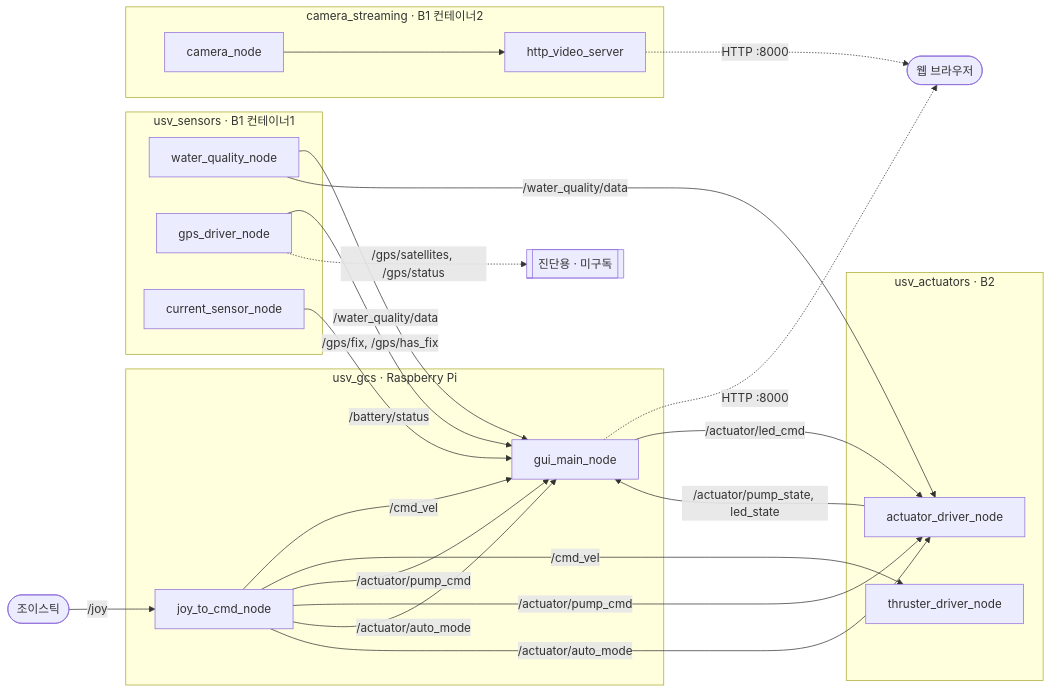
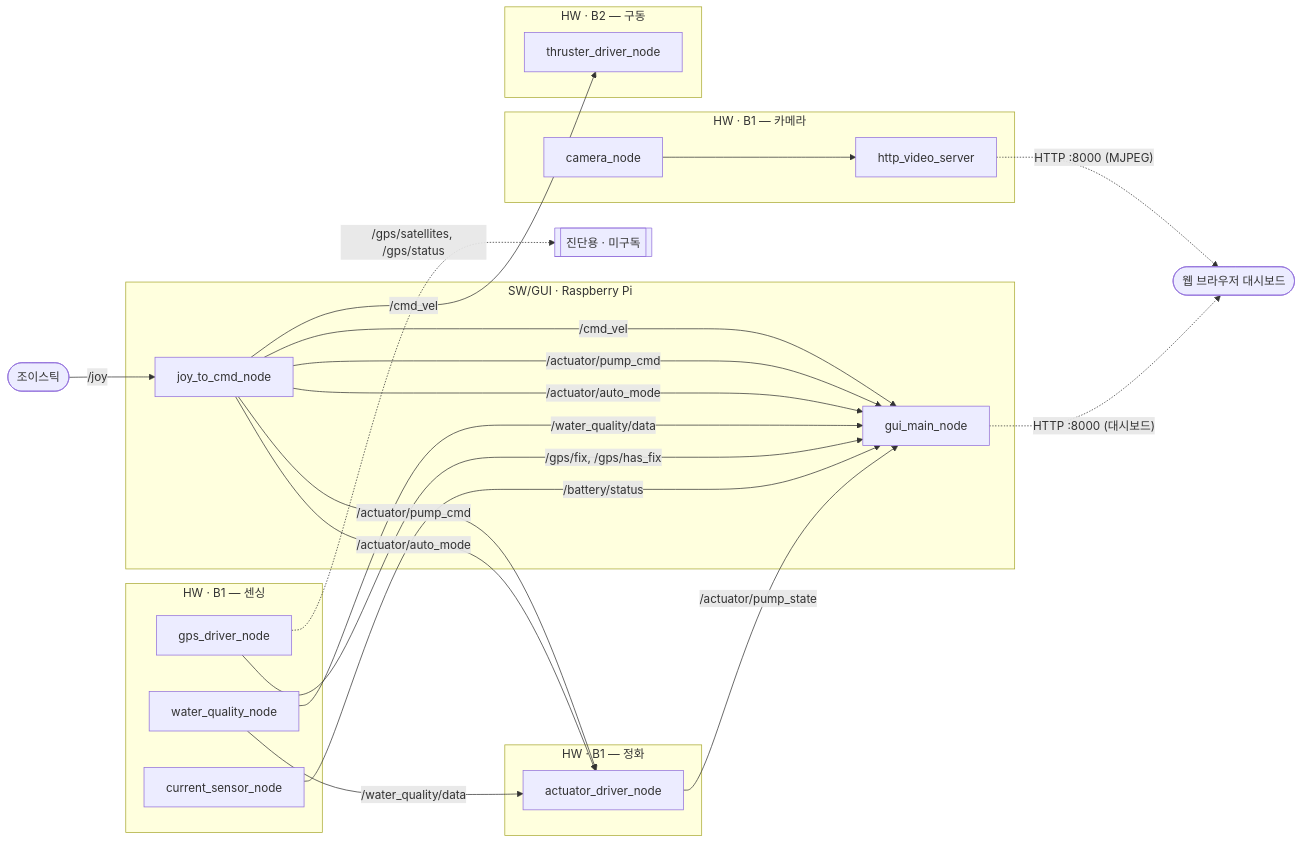
Before and after one commit to gwakminji/6can_usv_ws: the diagram in README.md, drawn with Mermaid. The commit also changed other lines of this file and 1 other file, not shown here.

Commit message:
[fix]: 웹에서 카메라 제거 및 readme 수정

````diff
--- a/README.md
+++ b/README.md
@@ -72,47 +60,49 @@
 ```mermaid
 flowchart LR
   JOY([조이스틱]) -->|/joy| J2C
-  BROWSER([웹 브라우저])
+  BROWSER([웹 브라우저 대시보드])
   DIAG[[진단용 · 미구독]]
 
-  subgraph GCS["usv_gcs · Raspberry Pi"]
+  subgraph GCS["SW/GUI · Raspberry Pi"]
     J2C[joy_to_cmd_node]
     GUI[gui_main_node]
   end
 
-  subgraph B1S["usv_sensors · B1 컨테이너1"]
+  subgraph B1S["HW · B1 — 센싱"]
     WQN[water_quality_node]
     GPSN[gps_driver_node]
     CSN[current_sensor_node]
   end
 
-  subgraph B1C["camera_streaming · B1 컨테이너2"]
+  subgraph B1C["HW · B1 — 카메라"]
     CAMN[camera_node]
     HVS[http_video_server]
   end
 
-  subgraph B2["usv_actuators · B2"]
+  subgraph B1A["HW · B1 — 정화"]
+    ACT[actuator_driver_node]
+  end
+
+  subgraph B2["HW · B2 — 구동"]
     THR[thruster_driver_node]
-    ACT[actuator_driver_node]
   end
 
   J2C -->|/cmd_vel| GUI
   J2C -->|/cmd_vel| THR
   J2C -->|/actuator/pump_cmd| GUI
   J2C -->|/actuator/pump_cmd| ACT
   J2C -->|/actuator/auto_mode| GUI
   J2C -->|/actuator/auto_mode| ACT
 
   WQN -->|/water_quality/data| GUI
   WQN -->|/water_quality/data| ACT
   GPSN -->|/gps/fix, /gps/has_fix| GUI
   GPSN -.->|/gps/satellites, /gps/status| DIAG
   CSN -->|/battery/status| GUI
 
   CAMN --> HVS
-  HVS -. "HTTP :8000" .-> BROWSER
-  GUI -. "HTTP :8000" .-> BROWSER
+  HVS -. "HTTP :8000 (MJPEG)" .-> BROWSER
+  GUI -. "HTTP :8000 (대시보드)" .-> BROWSER
 
-  ACT -->|/actuator/pump_state, led_state| GUI
-  GUI -->|/actuator/led_cmd| ACT
+  ACT -->|/actuator/pump_state| GUI
 ```
````
